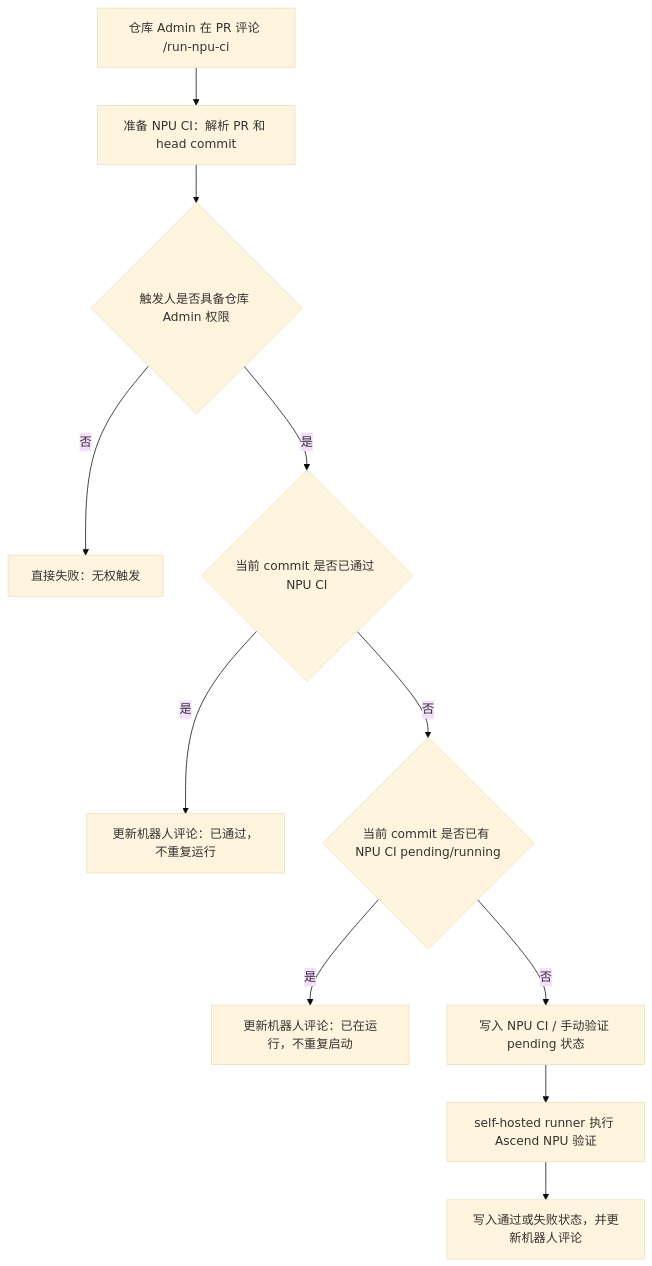
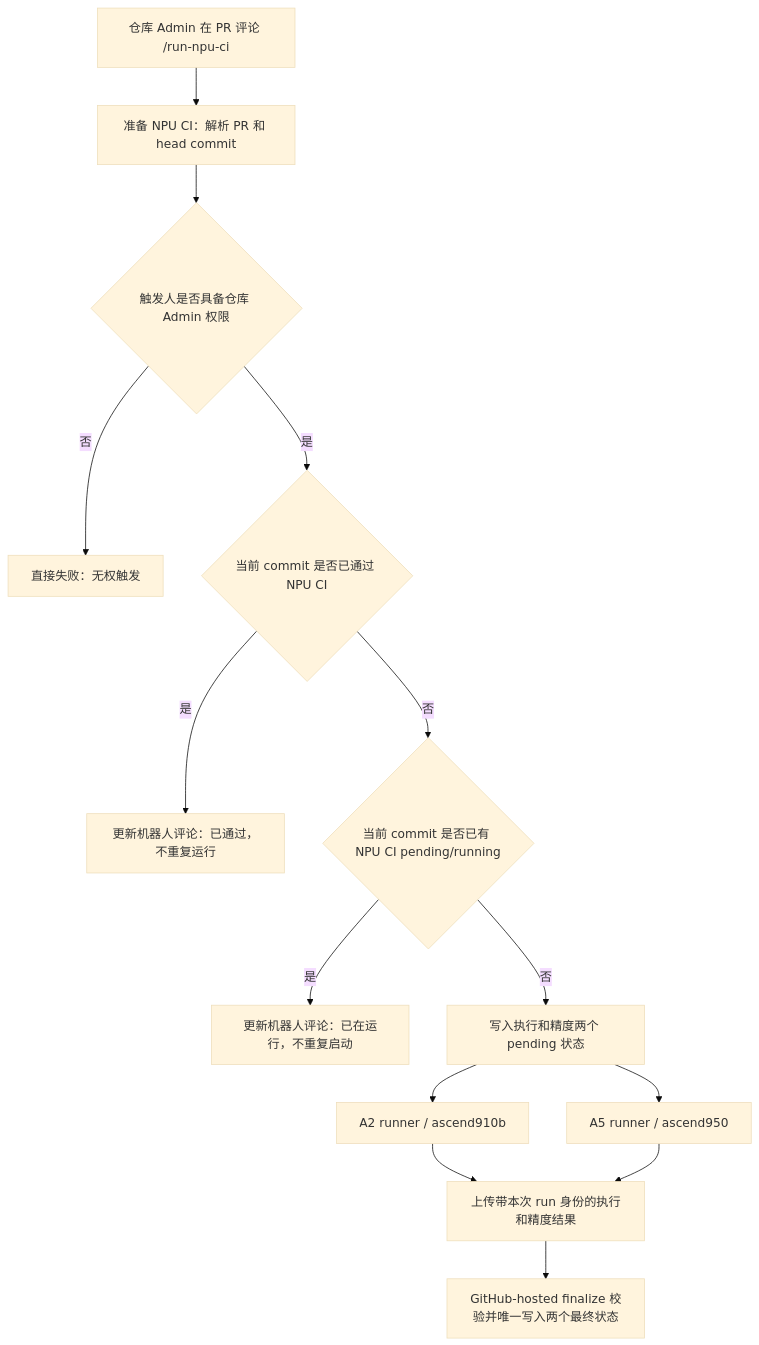
Before and after one commit to flashserve/flash-linear-attention-npu: the second of 4 diagrams in docs/Fla-npu仓CI部署教程.md, drawn with Mermaid (base theme). The commit also changed other lines of this file and 10 other files, not shown here.

````diff
--- a/docs/Fla-npu仓CI部署教程.md
+++ b/docs/Fla-npu仓CI部署教程.md
@@ -63,13 +69,16 @@
 ```mermaid
 flowchart TD
     A["仓库 Admin 在 PR 评论 /run-npu-ci"] --> B["准备 NPU CI：解析 PR 和 head commit"]
     B --> C{"触发人是否具备仓库 Admin 权限"}
     C -- "否" --> D["直接失败：无权触发"]
     C -- "是" --> E{"当前 commit 是否已通过 NPU CI"}
     E -- "是" --> F["更新机器人评论：已通过，不重复运行"]
     E -- "否" --> G{"当前 commit 是否已有 NPU CI pending/running"}
     G -- "是" --> H["更新机器人评论：已在运行，不重复启动"]
-    G -- "否" --> I["写入 NPU CI / 手动验证 pending 状态"]
-    I --> J["self-hosted runner 执行 Ascend NPU 验证"]
-    J --> K["写入通过或失败状态，并更新机器人评论"]
+    G -- "否" --> I["写入执行和精度两个 pending 状态"]
+    I --> J["A2 runner / ascend910b"]
+    I --> K["A5 runner / ascend950"]
+    J --> L["上传带本次 run 身份的执行和精度结果"]
+    K --> L
+    L --> M["GitHub-hosted finalize 校验并唯一写入两个最终状态"]
 ```
````
